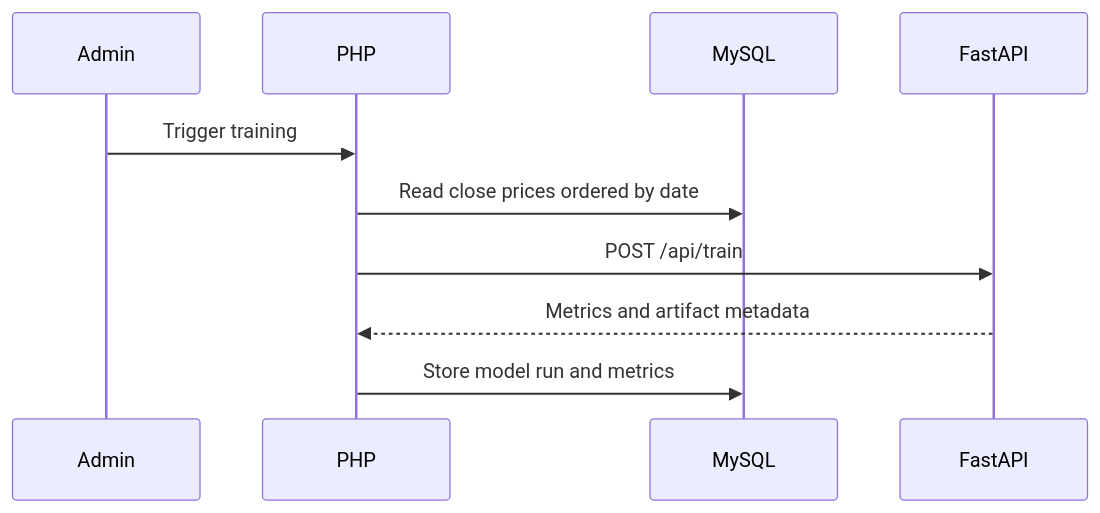
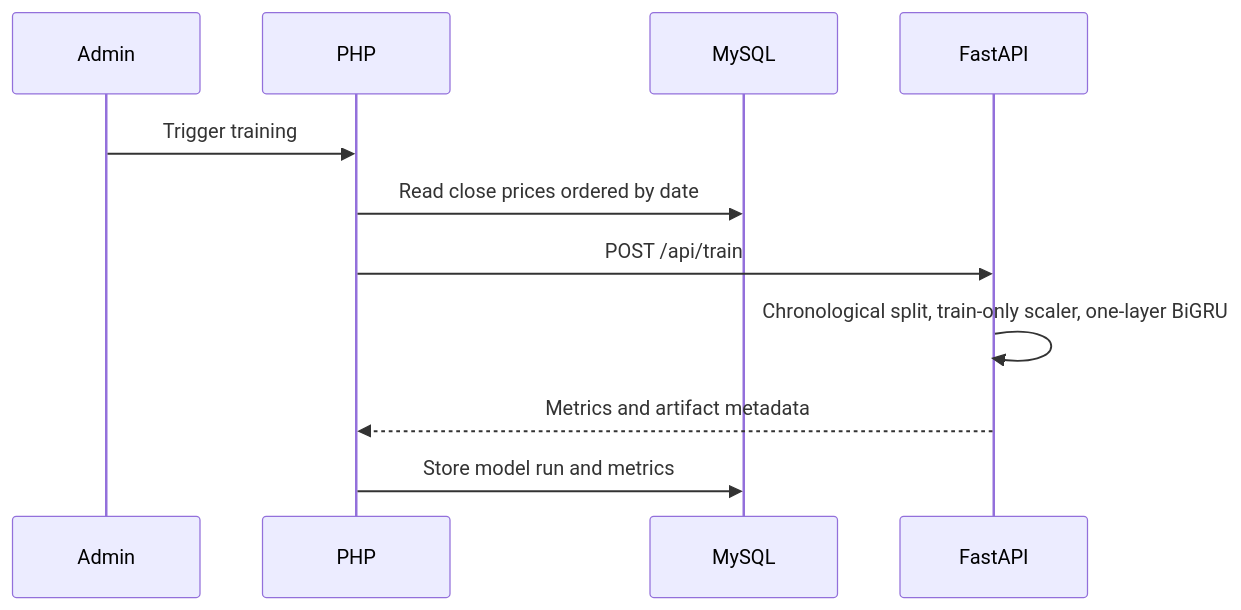
One commit to Faturar/prediksi-tembaga-bigru-ta changed the diagram in docs/uml/sequence.md. Above: the diagram before and after it, drawn with Mermaid. The commit also changed 30 other files, not shown here.

````diff
--- a/docs/uml/sequence.md
+++ b/docs/uml/sequence.md
@@ -3,12 +3,13 @@
 ```mermaid
 sequenceDiagram
     participant Admin
     participant PHP
     participant MySQL
     participant FastAPI
     Admin->>PHP: Trigger training
     PHP->>MySQL: Read close prices ordered by date
     PHP->>FastAPI: POST /api/train
+    FastAPI->>FastAPI: Chronological split, train-only scaler, one-layer BiGRU
     FastAPI-->>PHP: Metrics and artifact metadata
     PHP->>MySQL: Store model run and metrics
 ```
````
